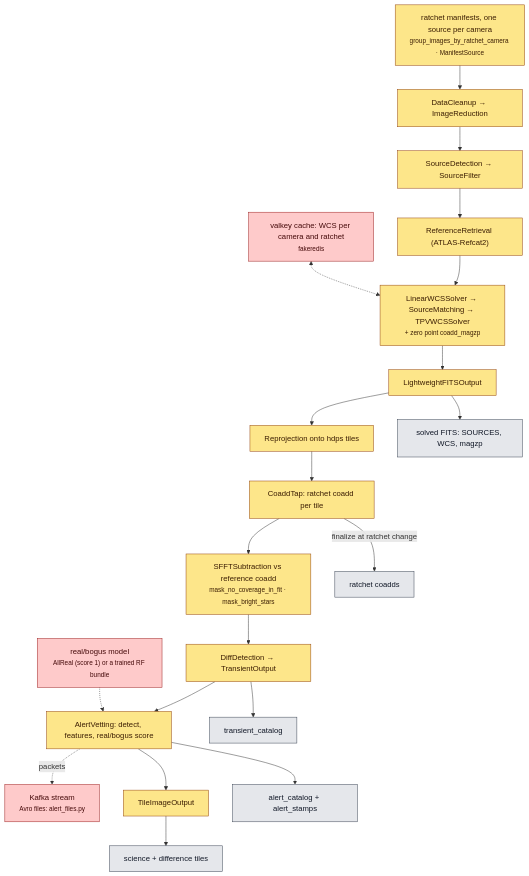
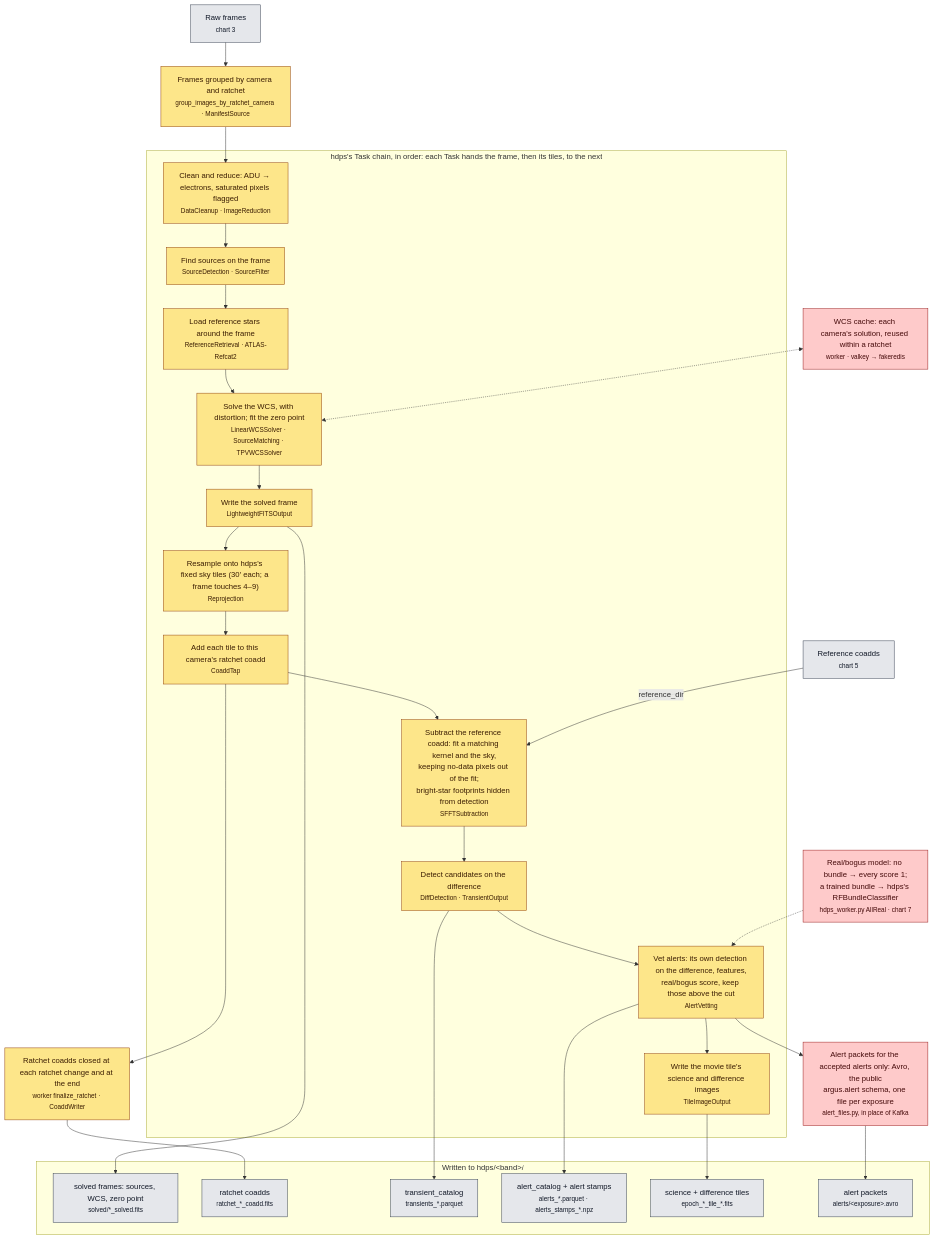
Before and after one commit to nialljmiller/MESA_Argus: the fourth of 7 diagrams in docs/PIPELINE.md, drawn with Mermaid. The commit also changed other lines of this file and 1 other file, not shown here.

````diff
--- a/docs/PIPELINE.md
+++ b/docs/PIPELINE.md
@@ -88,37 +150,50 @@
 ```mermaid
 flowchart TD
   classDef hdps fill:#fde68a,stroke:#92400e,color:#3b1d02
   classDef toy fill:#fecaca,stroke:#991b1b,color:#450a0a
   classDef out fill:#e5e7eb,stroke:#374151,color:#111827
 
-  MAN["ratchet manifests, one source per camera<br/><small>group_images_by_ratchet_camera · ManifestSource</small>"]:::hdps
-  VALKEY["valkey cache: WCS per camera and ratchet<br/><small>fakeredis</small>"]:::toy
-  T1["DataCleanup → ImageReduction"]:::hdps
-  T2["SourceDetection → SourceFilter"]:::hdps
-  T3["ReferenceRetrieval (ATLAS-Refcat2)"]:::hdps
-  T4["LinearWCSSolver → SourceMatching → TPVWCSSolver<br/><small>+ zero point coadd_magzp</small>"]:::hdps
-  T5["LightweightFITSOutput"]:::hdps
-  T6["Reprojection onto hdps tiles"]:::hdps
-  T7["CoaddTap: ratchet coadd per tile"]:::hdps
-  T8["SFFTSubtraction vs reference coadd<br/><small>mask_no_coverage_in_fit · mask_bright_stars</small>"]:::hdps
-  T9["DiffDetection → TransientOutput"]:::hdps
-  T10["AlertVetting: detect, features, real/bogus score"]:::hdps
-  RB["real/bogus model<br/><small>AllReal (score 1) or a trained RF bundle</small>"]:::toy
-  KAFKA["Kafka stream<br/><small>Avro files: alert_files.py</small>"]:::toy
-  T11["TileImageOutput"]:::hdps
-  P1["solved FITS: SOURCES, WCS, magzp"]:::out
-  P2["ratchet coadds"]:::out
-  P3["transient_catalog"]:::out
-  P4["alert_catalog + alert_stamps"]:::out
-  P5["science + difference tiles"]:::out
+  RAW["Raw frames<br/><small>chart 3</small>"]:::out
+  MAN["Frames grouped by camera and ratchet<br/><small>group_images_by_ratchet_camera · ManifestSource</small>"]:::hdps
+  CACHE["WCS cache: each camera's solution, reused within a ratchet<br/><small>worker · valkey → fakeredis</small>"]:::toy
 
-  MAN --> T1 --> T2 --> T3 --> T4 --> T5 --> T6 --> T7 --> T8 --> T9 --> T10 --> T11
-  VALKEY <-.-> T4
+  subgraph CHAIN["hdps's Task chain, in order: each Task hands the frame, then its tiles, to the next"]
+    T1["Clean and reduce: ADU → electrons, saturated pixels flagged<br/><small>DataCleanup · ImageReduction</small>"]:::hdps
+    T2["Find sources on the frame<br/><small>SourceDetection · SourceFilter</small>"]:::hdps
+    T3["Load reference stars around the frame<br/><small>ReferenceRetrieval · ATLAS-Refcat2</small>"]:::hdps
+    T4["Solve the WCS, with distortion; fit the zero point<br/><small>LinearWCSSolver · SourceMatching · TPVWCSSolver</small>"]:::hdps
+    T5["Write the solved frame<br/><small>LightweightFITSOutput</small>"]:::hdps
+    T6["Resample onto hdps's fixed sky tiles (30′ each; a frame touches 4–9)<br/><small>Reprojection</small>"]:::hdps
+    T7["Add each tile to this camera's ratchet coadd<br/><small>CoaddTap</small>"]:::hdps
+    T8["Subtract the reference coadd: fit a matching kernel and the sky,<br/>keeping no-data pixels out of the fit;<br/>bright-star footprints hidden from detection<br/><small>SFFTSubtraction</small>"]:::hdps
+    T9["Detect candidates on the difference<br/><small>DiffDetection · TransientOutput</small>"]:::hdps
+    T10["Vet alerts: its own detection on the difference, features,<br/>real/bogus score, keep those above the cut<br/><small>AlertVetting</small>"]:::hdps
+    T11["Write the movie tile's science and difference images<br/><small>TileImageOutput</small>"]:::hdps
+    T1 --> T2 --> T3 --> T4 --> T5 --> T6 --> T7 --> T8 --> T9 --> T10 --> T11
+  end
+
+  REFC["Reference coadds<br/><small>chart 5</small>"]:::out
+  RB["Real/bogus model: no bundle → every score 1;<br/>a trained bundle → hdps's RFBundleClassifier<br/><small>hdps_worker.py AllReal · chart 7</small>"]:::toy
+  FIN["Ratchet coadds closed at each ratchet change and at the end<br/><small>worker finalize_ratchet · CoaddWriter</small>"]:::hdps
+  KAFKA["Alert packets for the accepted alerts only: Avro, the public<br/>argus.alert schema, one file per exposure<br/><small>alert_files.py, in place of Kafka</small>"]:::toy
+
+  subgraph PRODUCTS["Written to hdps/&lt;band&gt;/"]
+    P1["solved frames: sources, WCS, zero point<br/><small>solved/*_solved.fits</small>"]:::out
+    P2["ratchet coadds<br/><small>ratchet_*_coadd.fits</small>"]:::out
+    P3["transient_catalog<br/><small>transients_*.parquet</small>"]:::out
+    P4["alert_catalog + alert stamps<br/><small>alerts_*.parquet · alerts_stamps_*.npz</small>"]:::out
+    P5["science + difference tiles<br/><small>epoch_*_tile_*.fits</small>"]:::out
+    P6["alert packets<br/><small>alerts/&lt;exposure&gt;.avro</small>"]:::out
+  end
+
+  RAW --> MAN --> T1
+  CACHE <-.-> T4
+  REFC -->|"reference_dir"| T8
   RB -.-> T10
-  T10 -.->|"packets"| KAFKA
   T5 --> P1
-  T7 -->|"finalize at ratchet change"| P2
+  T7 --> FIN --> P2
   T9 --> P3
   T10 --> P4
+  T10 --> KAFKA --> P6
   T11 --> P5
 ```
````
